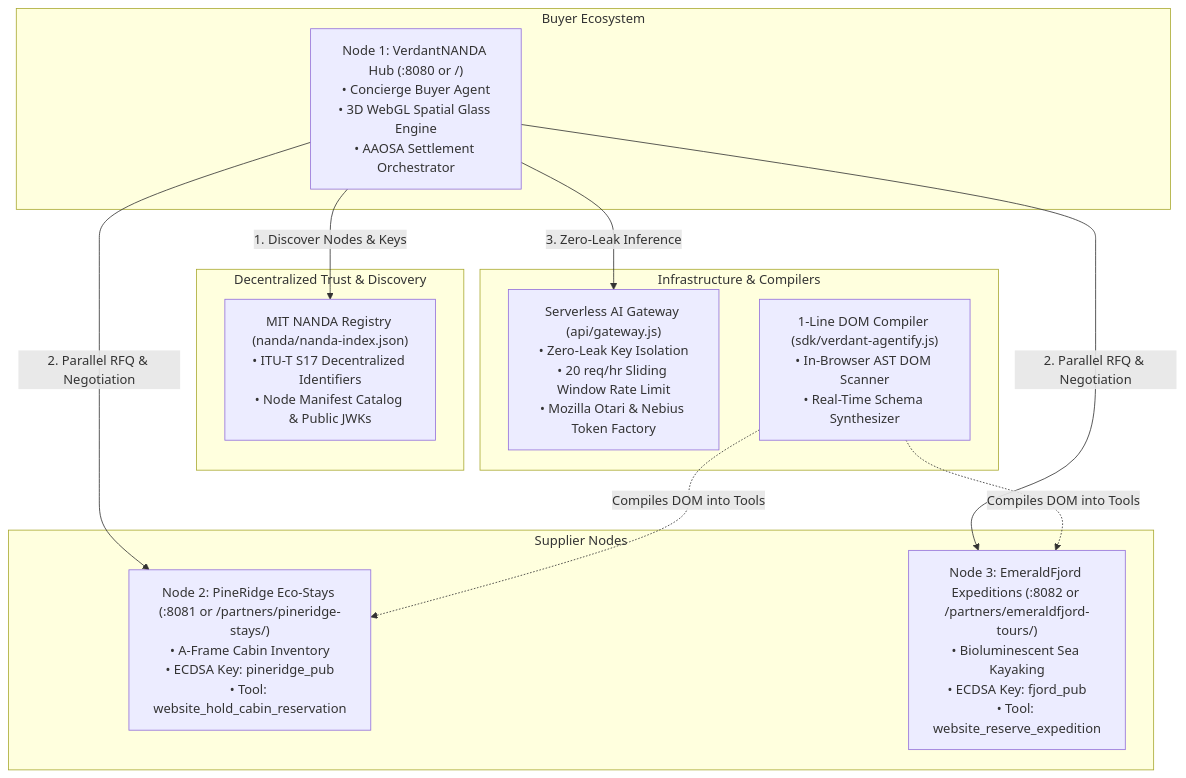
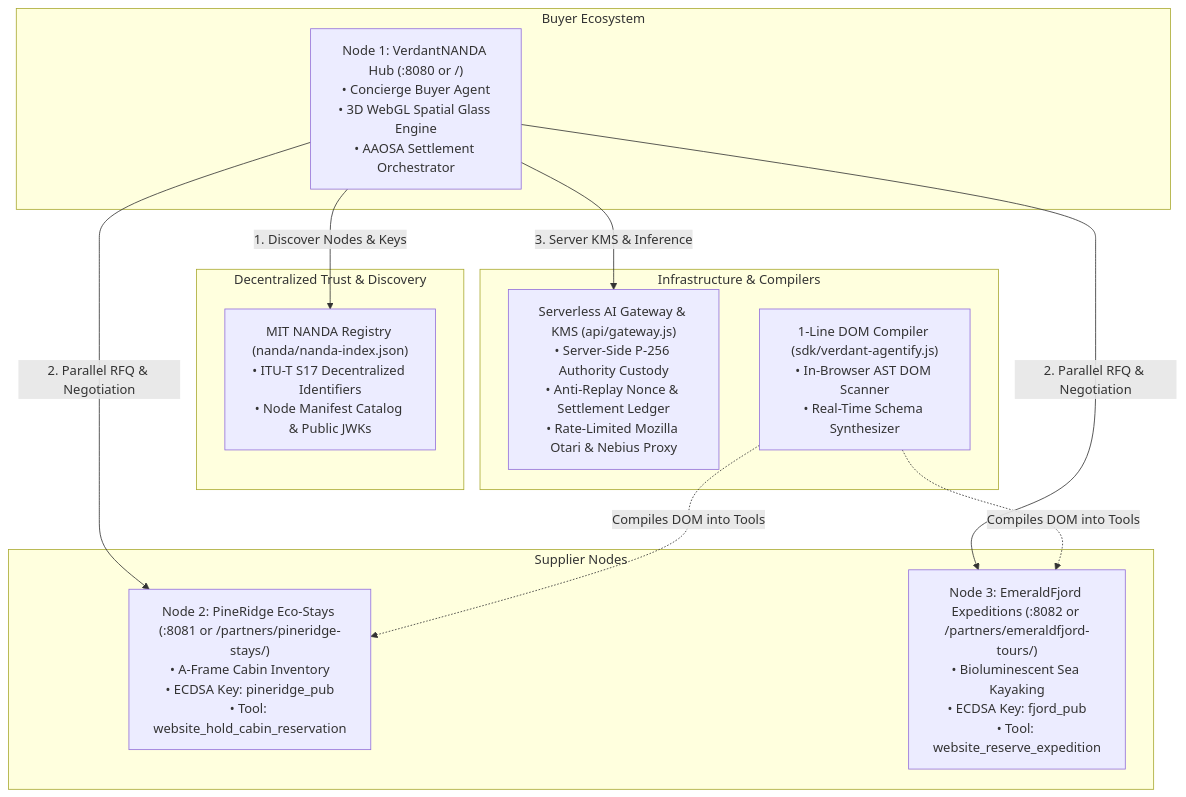
One commit to fokrulanthro16-eng/verdant-nanda changed the first of 3 diagrams in README.md. Above: the diagram before and after it, drawn with Mermaid. The commit also changed other lines of this file and 10 other files, not shown here.

Commit message:
feat: add server-side KMS P-256 signing, anti-replay nonce ledger, dynamic intent parser, and fix math docs

````diff
--- a/README.md
+++ b/README.md
@@ -46,27 +46,27 @@
 ```mermaid
 graph TB
     subgraph "Buyer Ecosystem"
         Hub["Node 1: VerdantNANDA Hub (:8080 or /)<br/>• Concierge Buyer Agent<br/>• 3D WebGL Spatial Glass Engine<br/>• AAOSA Settlement Orchestrator"]
     end
 
     subgraph "Supplier Nodes"
         PineRidge["Node 2: PineRidge Eco-Stays (:8081 or /partners/pineridge-stays/)<br/>• A-Frame Cabin Inventory<br/>• ECDSA Key: pineridge_pub<br/>• Tool: website_hold_cabin_reservation"]
         EmeraldFjord["Node 3: EmeraldFjord Expeditions (:8082 or /partners/emeraldfjord-tours/)<br/>• Bioluminescent Sea Kayaking<br/>• ECDSA Key: fjord_pub<br/>• Tool: website_reserve_expedition"]
     end
 
     subgraph "Decentralized Trust & Discovery"
         NANDA["MIT NANDA Registry (nanda/nanda-index.json)<br/>• ITU-T S17 Decentralized Identifiers<br/>• Node Manifest Catalog & Public JWKs"]
     end
 
     subgraph "Infrastructure & Compilers"
-        Gateway["Serverless AI Gateway (api/gateway.js)<br/>• Zero-Leak Key Isolation<br/>• 20 req/hr Sliding Window Rate Limit<br/>• Mozilla Otari & Nebius Token Factory"]
+        Gateway["Serverless AI Gateway & KMS (api/gateway.js)<br/>• Server-Side P-256 Authority Custody<br/>• Anti-Replay Nonce & Settlement Ledger<br/>• Rate-Limited Mozilla Otari & Nebius Proxy"]
         SDK["1-Line DOM Compiler (sdk/verdant-agentify.js)<br/>• In-Browser AST DOM Scanner<br/>• Real-Time Schema Synthesizer"]
     end
 
     Hub -->|"1. Discover Nodes & Keys"| NANDA
     Hub -->|"2. Parallel RFQ & Negotiation"| PineRidge
     Hub -->|"2. Parallel RFQ & Negotiation"| EmeraldFjord
-    Hub -->|"3. Zero-Leak Inference"| Gateway
+    Hub -->|"3. Server KMS & Inference"| Gateway
     SDK -.->|"Compiles DOM into Tools"| PineRidge
     SDK -.->|"Compiles DOM into Tools"| EmeraldFjord
 ```
````
